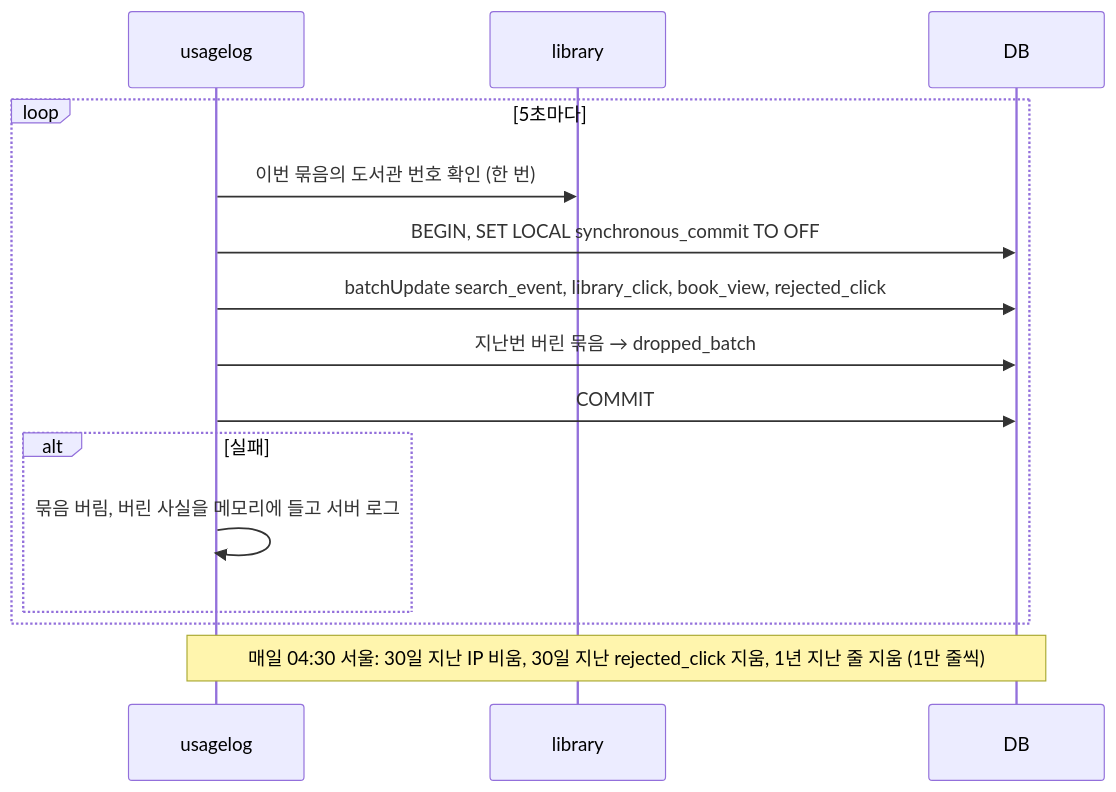
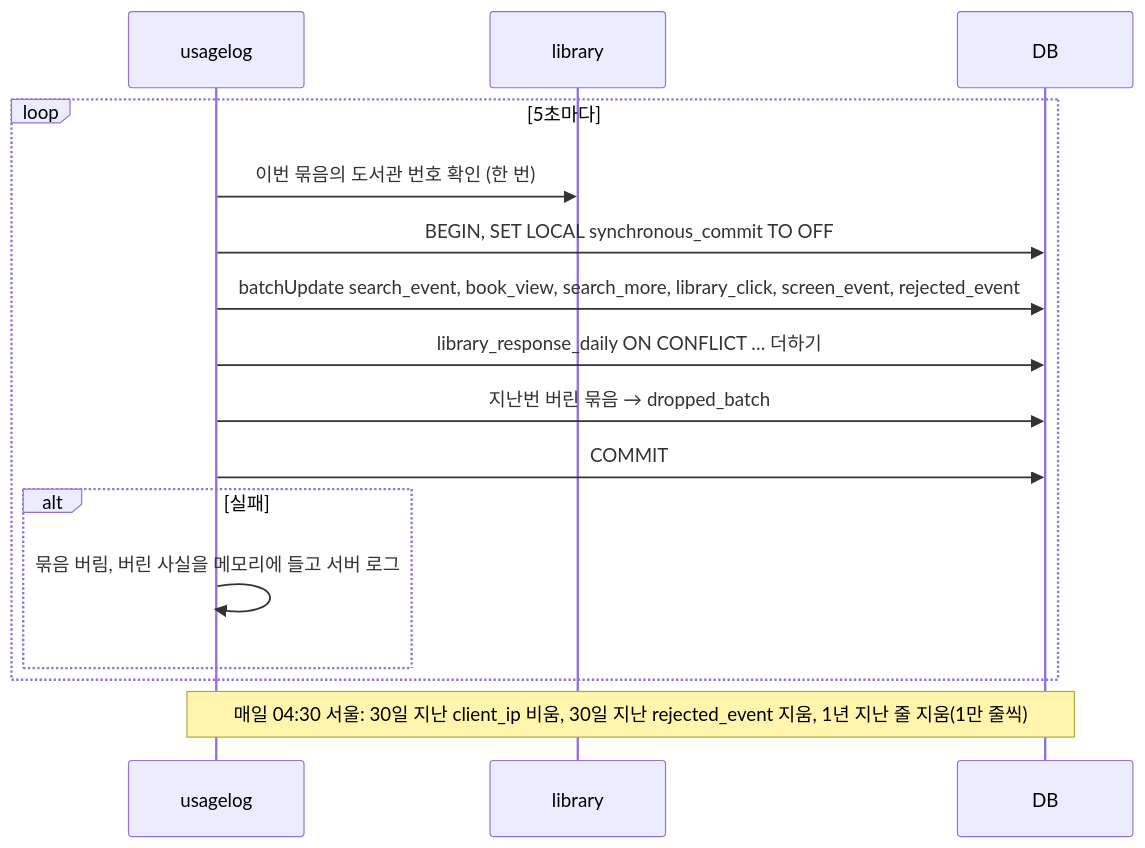
The fifth of 7 diagrams in docs/cycles/15-usage-log/design-delta.md (hodu-sketch/chaekcheck-plan), drawn with Mermaid before and after one commit. The commit also changed other lines of this file and 16 other files, not shown here.

````diff
--- a/docs/cycles/15-usage-log/design-delta.md
+++ b/docs/cycles/15-usage-log/design-delta.md
@@ -99,17 +90,18 @@
 ```mermaid
 sequenceDiagram
   participant U as usagelog
   participant L as library
   participant D as DB
   loop 5초마다
     U->>L: 이번 묶음의 도서관 번호 확인 (한 번)
     U->>D: BEGIN, SET LOCAL synchronous_commit TO OFF
-    U->>D: batchUpdate search_event, library_click, book_view, rejected_click
+    U->>D: batchUpdate search_event, book_view, search_more, library_click, screen_event, rejected_event
+    U->>D: library_response_daily ON CONFLICT … 더하기
     U->>D: 지난번 버린 묶음 → dropped_batch
     U->>D: COMMIT
     alt 실패
       U->>U: 묶음 버림, 버린 사실을 메모리에 들고 서버 로그
     end
   end
-  Note over U,D: 매일 04:30 서울: 30일 지난 IP 비움, 30일 지난 rejected_click 지움, 1년 지난 줄 지움 (1만 줄씩)
+  Note over U,D: 매일 04:30 서울: 30일 지난 client_ip 비움, 30일 지난 rejected_event 지움, 1년 지난 줄 지움(1만 줄씩)
 ```
````
